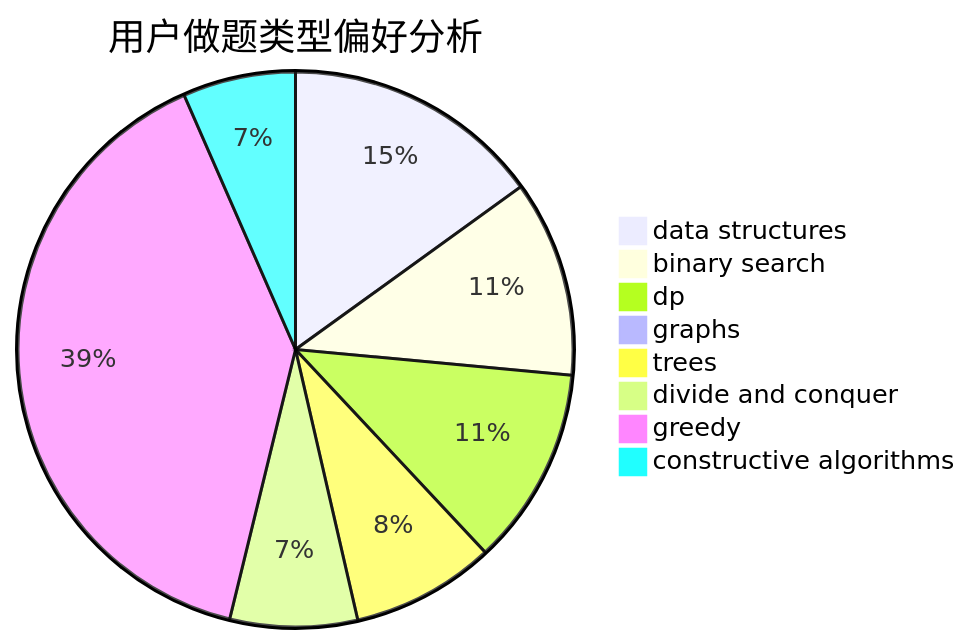
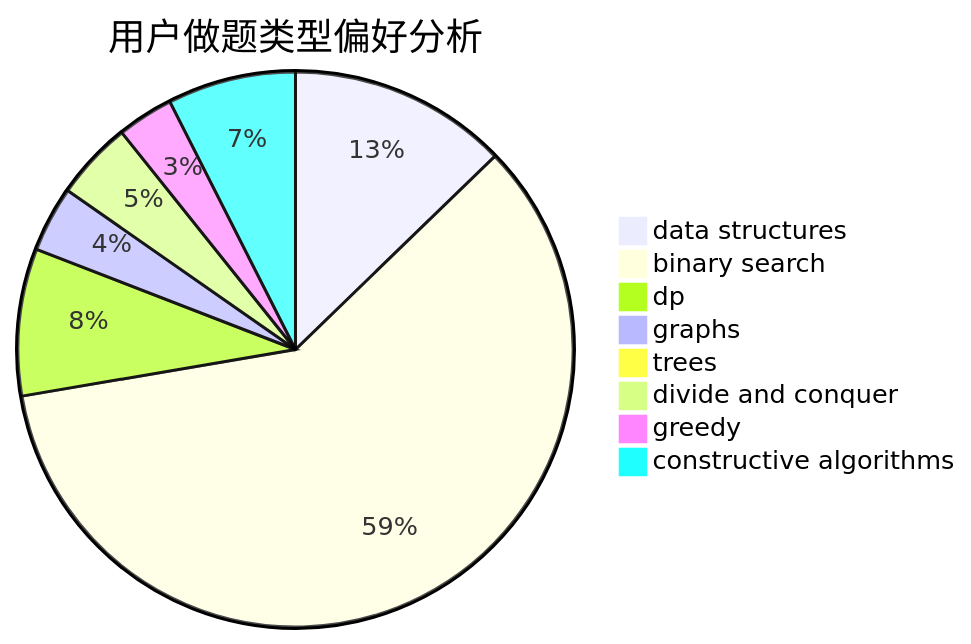
The second of 3 diagrams in docs/user/u19.md (sherpahu/cfrs.github.io), drawn with Mermaid before and after one commit. The commit also changed other lines of this file and 2770 other files, not shown here.

````diff
--- a/docs/user/u19.md
+++ b/docs/user/u19.md
@@ -23,11 +23,11 @@
 ```mermaid
 pie title 用户做题类型偏好分析
-    "data structures" :  142
-    "binary search" :  108
-    "dp" :  109
-    "graphs" :  6
-    "trees" :  79
-    "divide and conquer" :  70
-    "greedy" :  374
-    "constructive algorithms" :  62
+    "data structures" :  70
+    "binary search" :  327
+    "dp" :  47
+    "graphs" :  21
+    "trees" :  4
+    "divide and conquer" :  25
+    "greedy" :  18
+    "constructive algorithms" :  41
 ```
````
